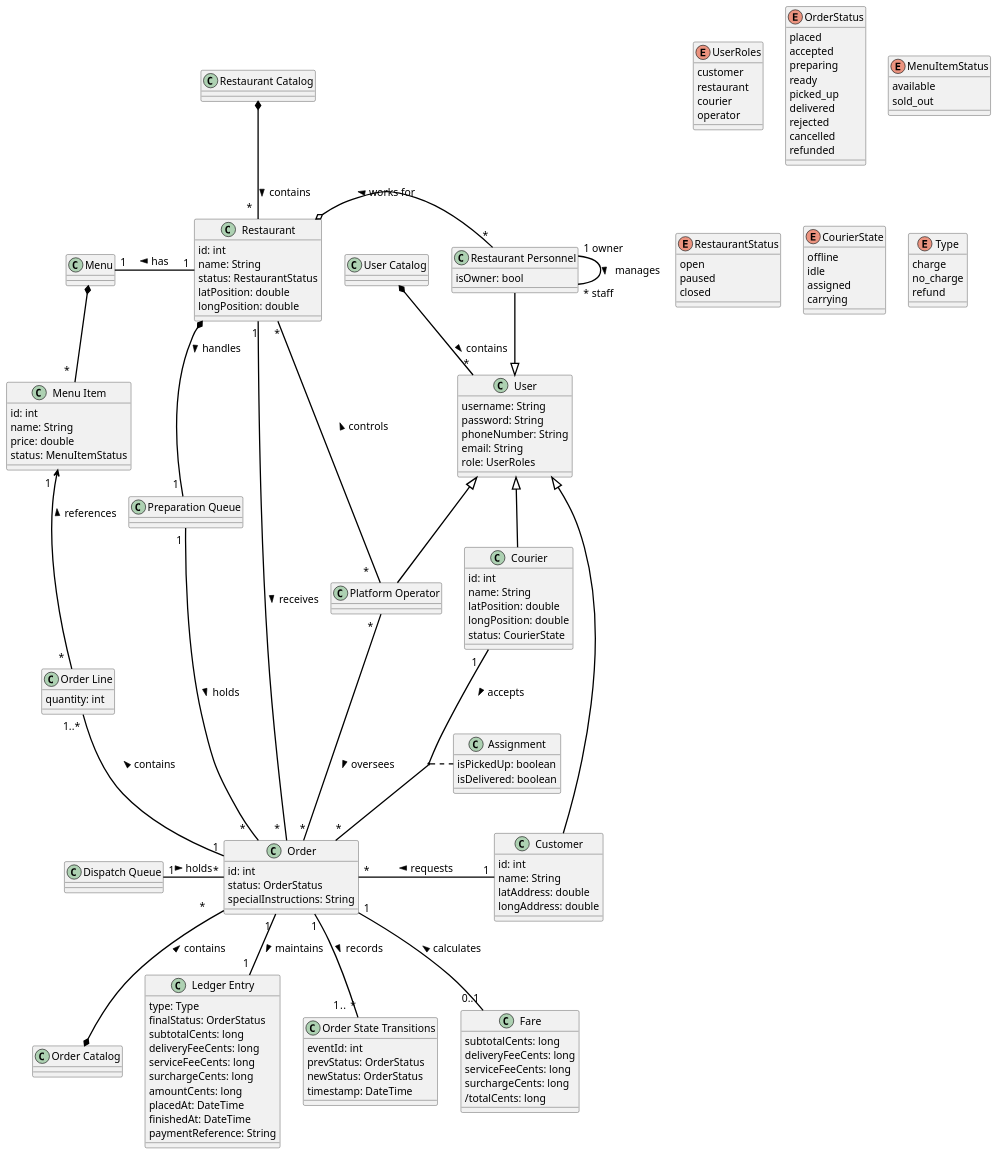
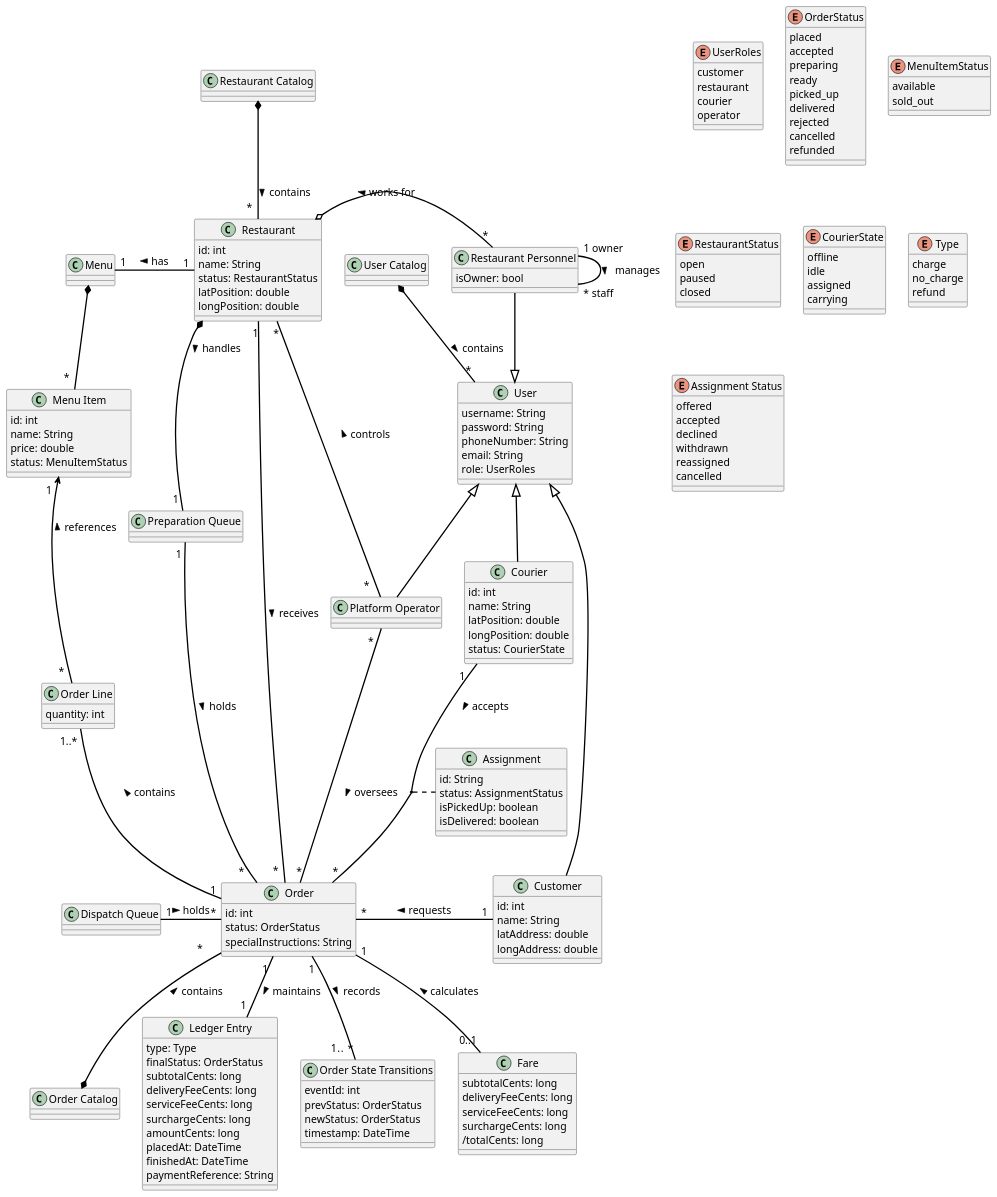
The diagram in diagrams/domainModel.puml (MonishKD/HelloWorldprint_HI), drawn with PlantUML before and after one commit.

Commit message:
Updates to Assignment

```diff
--- a/diagrams/domainModel.puml
+++ b/diagrams/domainModel.puml
@@ -109,6 +109,8 @@
 }
 
 class "Assignment" as Offer {
+    id: String
+    status: AssignmentStatus
     isPickedUp: boolean
     isDelivered: boolean
 }
@@ -215,4 +217,13 @@
     refund
 }
 
+enum "Assignment Status" as AssignmentStatus {
+    offered
+    accepted
+    declined
+    withdrawn
+    reassigned
+    cancelled
+}
+
 @enduml
```
